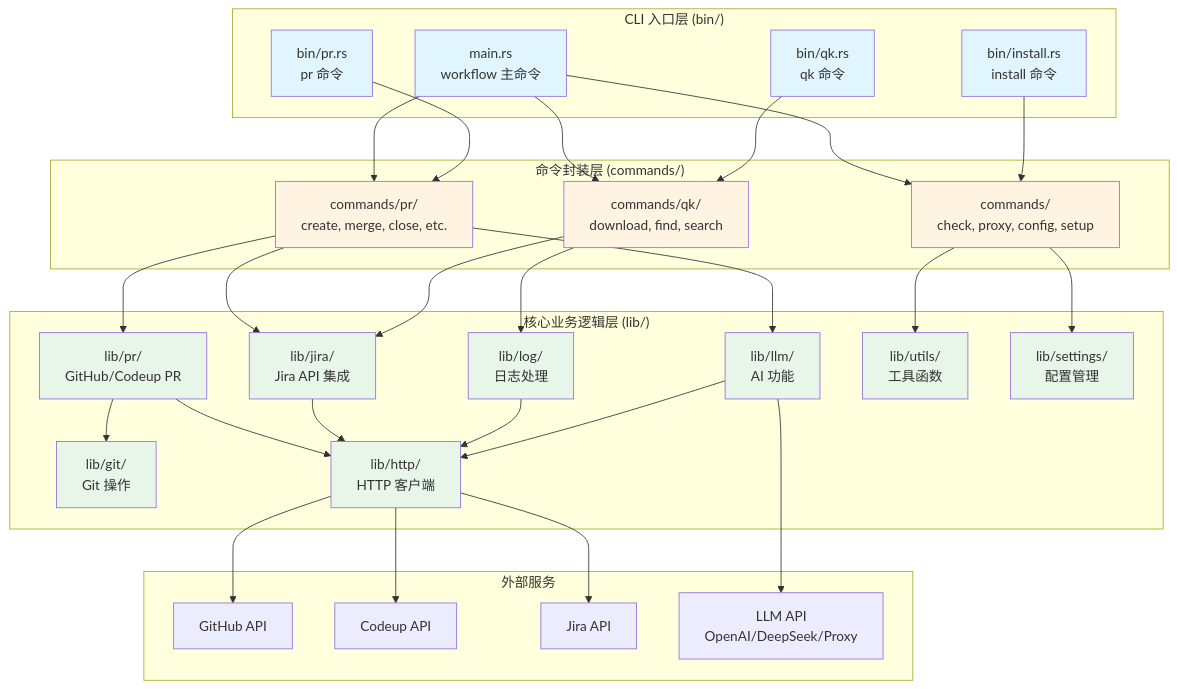
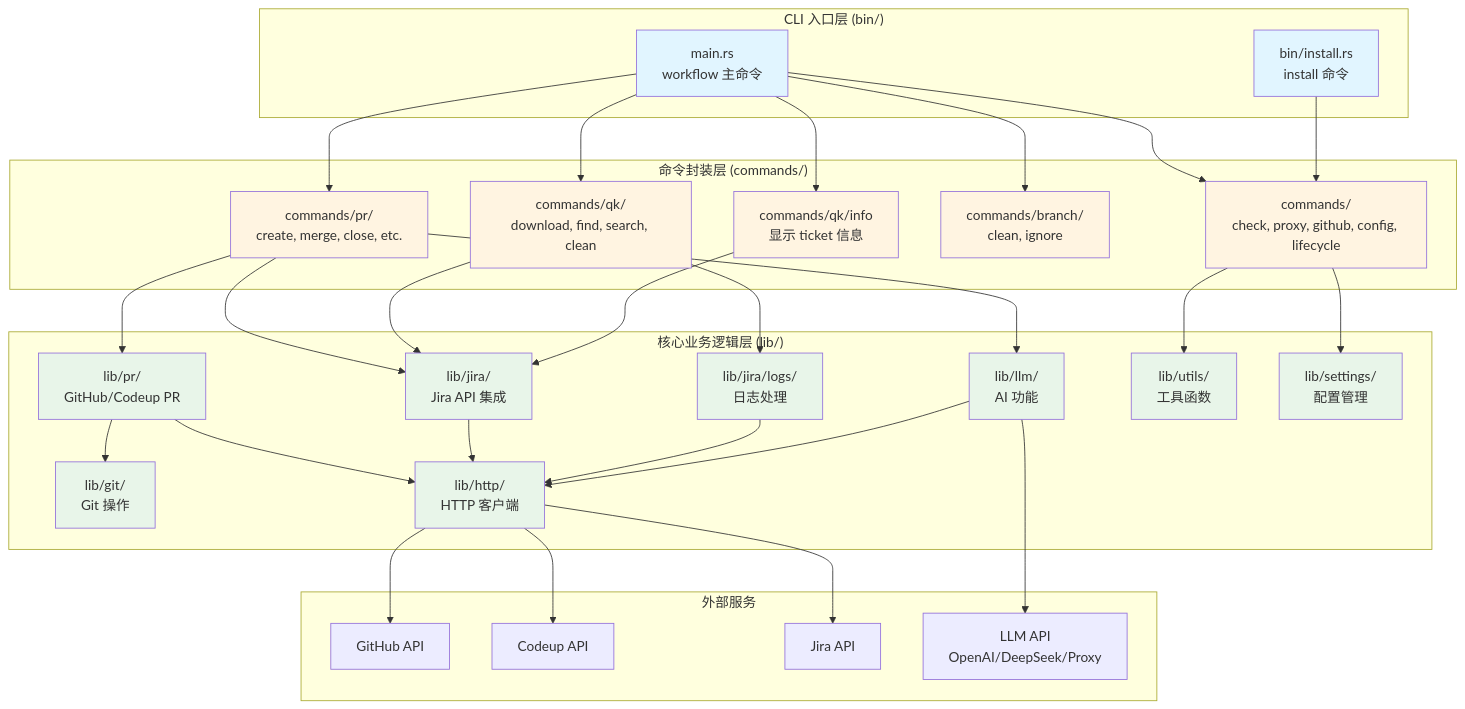
One commit to zevwings/workflow.rs changed the diagram in README.md. Above: the diagram before and after it, drawn with Mermaid. The commit also changed other lines of this file and 15 other files, not shown here.

````diff
--- a/README.md
+++ b/README.md
@@ -76,74 +76,75 @@
 ```mermaid
 graph TB
     subgraph "CLI 入口层 (bin/)"
         Main[main.rs<br/>workflow 主命令]
-        PRBin[bin/pr.rs<br/>pr 命令]
-        QKBin[bin/qk.rs<br/>qk 命令]
         InstallBin[bin/install.rs<br/>install 命令]
     end
 
     subgraph "命令封装层 (commands/)"
         PRCmd[commands/pr/<br/>create, merge, close, etc.]
-        QKCmd[commands/qk/<br/>download, find, search]
-        OtherCmd[commands/<br/>check, proxy, config, setup]
+        LogCmd[commands/qk/<br/>download, find, search, clean]
+        JiraCmd[commands/qk/info<br/>显示 ticket 信息]
+        BranchCmd[commands/branch/<br/>clean, ignore]
+        OtherCmd[commands/<br/>check, proxy, github, config, lifecycle]
     end
 
     subgraph "核心业务逻辑层 (lib/)"
         PRLib[lib/pr/<br/>GitHub/Codeup PR]
         JiraLib[lib/jira/<br/>Jira API 集成]
-        LogLib[lib/log/<br/>日志处理]
+        LogLib[lib/jira/logs/<br/>日志处理]
         LLMLib[lib/llm/<br/>AI 功能]
         GitLib[lib/git/<br/>Git 操作]
         HttpLib[lib/http/<br/>HTTP 客户端]
         UtilsLib[lib/utils/<br/>工具函数]
         SettingsLib[lib/settings/<br/>配置管理]
     end
 
     subgraph "外部服务"
         GitHub[GitHub API]
         Codeup[Codeup API]
         Jira[Jira API]
         LLM[LLM API<br/>OpenAI/DeepSeek/Proxy]
     end
 
     Main --> PRCmd
-    Main --> QKCmd
+    Main --> LogCmd
+    Main --> JiraCmd
+    Main --> BranchCmd
     Main --> OtherCmd
-    PRBin --> PRCmd
-    QKBin --> QKCmd
     InstallBin --> OtherCmd
 
     PRCmd --> PRLib
     PRCmd --> LLMLib
     PRCmd --> JiraLib
-    QKCmd --> LogLib
-    QKCmd --> JiraLib
+    LogCmd --> LogLib
+    LogCmd --> JiraLib
+    JiraCmd --> JiraLib
     OtherCmd --> UtilsLib
     OtherCmd --> SettingsLib
 
     PRLib --> HttpLib
     PRLib --> GitLib
     JiraLib --> HttpLib
     LogLib --> HttpLib
     LLMLib --> HttpLib
     HttpLib --> GitHub
     HttpLib --> Codeup
     HttpLib --> Jira
     LLMLib --> LLM
 
     style Main fill:#e1f5ff
-    style PRBin fill:#e1f5ff
-    style QKBin fill:#e1f5ff
     style InstallBin fill:#e1f5ff
     style PRCmd fill:#fff4e1
-    style QKCmd fill:#fff4e1
+    style LogCmd fill:#fff4e1
+    style JiraCmd fill:#fff4e1
+    style BranchCmd fill:#fff4e1
     style OtherCmd fill:#fff4e1
     style PRLib fill:#e8f5e9
     style JiraLib fill:#e8f5e9
     style LogLib fill:#e8f5e9
     style LLMLib fill:#e8f5e9
     style GitLib fill:#e8f5e9
     style HttpLib fill:#e8f5e9
     style UtilsLib fill:#e8f5e9
     style SettingsLib fill:#e8f5e9
 ```
````
